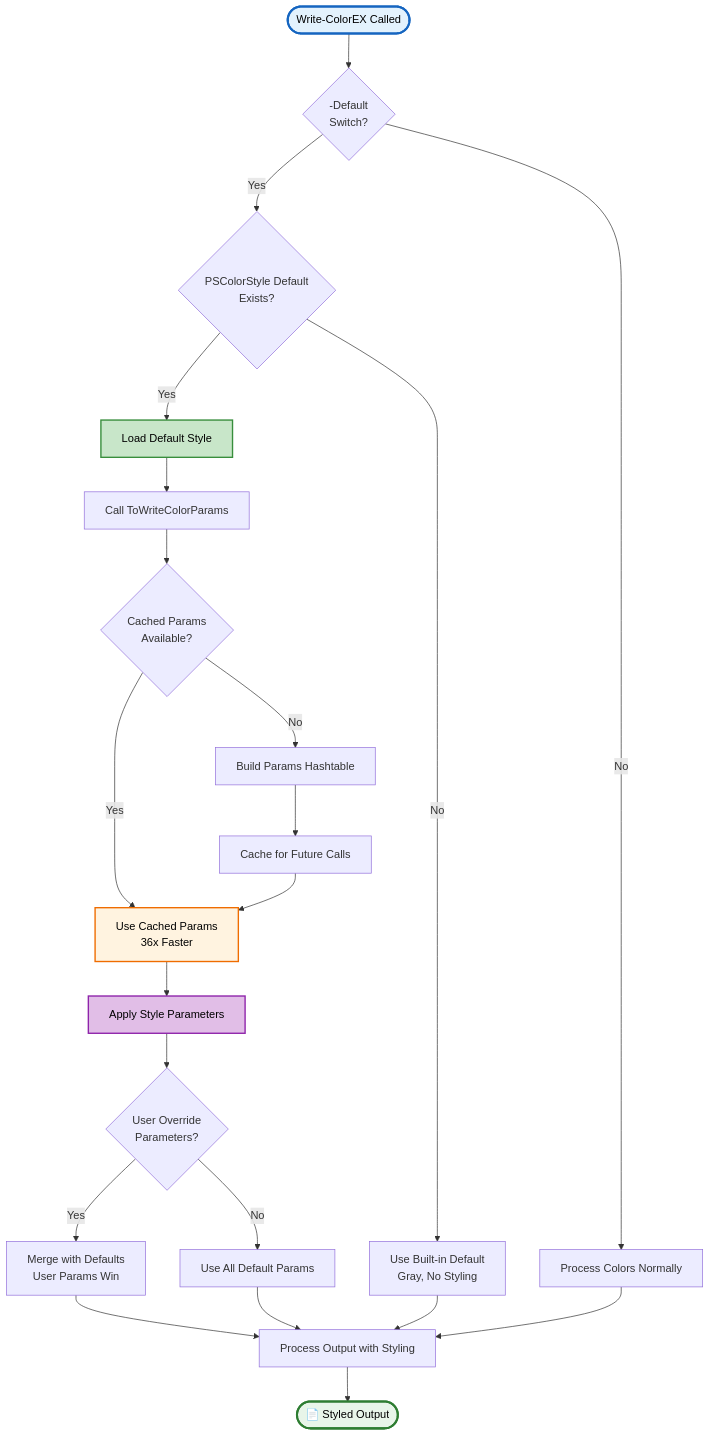
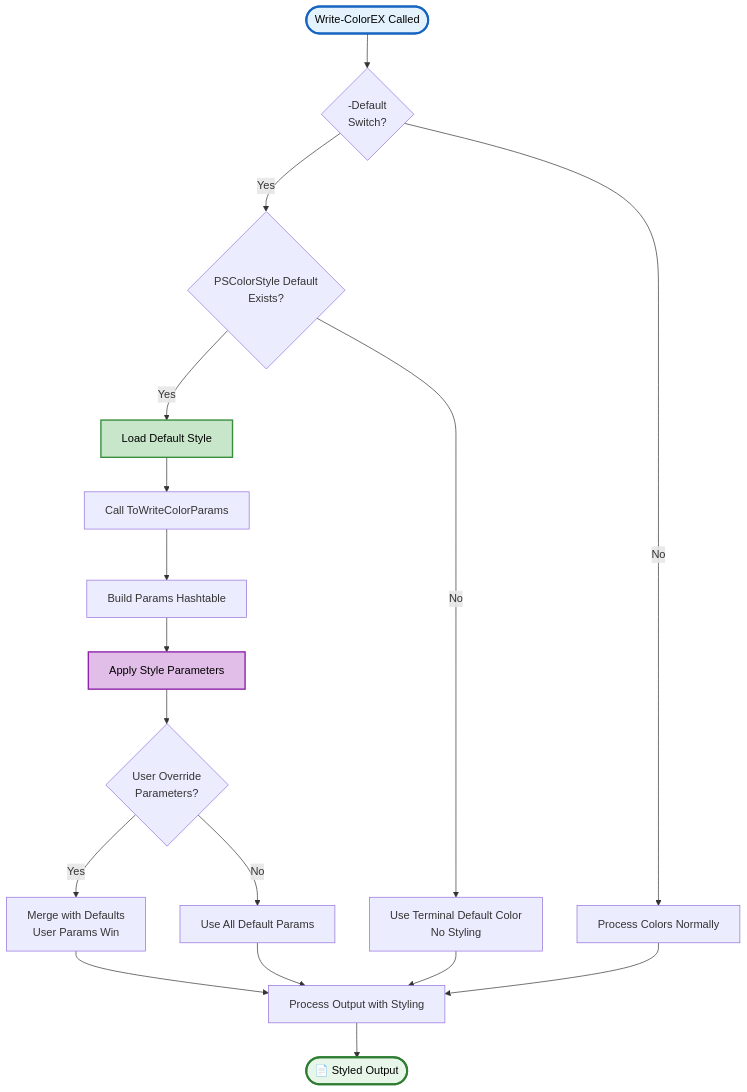
The third of 7 diagrams in Docs/Public/Set-ColorDefault.md (MarkusMcNugen/PSWriteColorEX), drawn with Mermaid before and after one commit. The commit also changed other lines of this file and 10 other files, not shown here.

````diff
--- a/Docs/Public/Set-ColorDefault.md
+++ b/Docs/Public/Set-ColorDefault.md
@@ -358,37 +357,31 @@
 ```mermaid
 graph TD
     Start([Write-ColorEX Called]) --> CheckDefault{-Default<br/>Switch?}
 
     CheckDefault -->|No| NormalProcessing[Process Colors Normally]
     CheckDefault -->|Yes| CheckExists{PSColorStyle Default<br/>Exists?}
 
-    CheckExists -->|No| UseBuiltIn[Use Built-in Default<br/>Gray, No Styling]
+    CheckExists -->|No| UseBuiltIn[Use Terminal Default Color<br/>No Styling]
     CheckExists -->|Yes| LoadDefault[Load Default Style]
 
     LoadDefault --> GetParams[Call ToWriteColorParams]
-    GetParams --> CheckCache{Cached Params<br/>Available?}
+    GetParams --> BuildParams[Build Params Hashtable]
 
-    CheckCache -->|Yes| UseCached[Use Cached Params<br/>36x Faster]
-    CheckCache -->|No| BuildParams[Build Params Hashtable]
-    BuildParams --> CacheParams[Cache for Future Calls]
-    CacheParams --> UseCached
-
-    UseCached --> ApplyParams[Apply Style Parameters]
+    BuildParams --> ApplyParams[Apply Style Parameters]
     ApplyParams --> CheckOverride{User Override<br/>Parameters?}
 
     CheckOverride -->|Yes| MergeParams[Merge with Defaults<br/>User Params Win]
     CheckOverride -->|No| UseAll[Use All Default Params]
 
     MergeParams --> ProcessOutput[Process Output with Styling]
     UseAll --> ProcessOutput
     UseBuiltIn --> ProcessOutput
     NormalProcessing --> ProcessOutput
 
     ProcessOutput --> Output([📄 Styled Output])
 
     style Start fill:#e3f2fd,stroke:#1565c0,stroke-width:3px,color:#000
     style Output fill:#e8f5e9,stroke:#2e7d32,stroke-width:3px,color:#000
     style LoadDefault fill:#c8e6c9,stroke:#388e3c,stroke-width:2px,color:#000
-    style UseCached fill:#fff3e0,stroke:#ef6c00,stroke-width:2px,color:#000
     style ApplyParams fill:#e1bee7,stroke:#8e24aa,stroke-width:2px,color:#000
 ```
````
